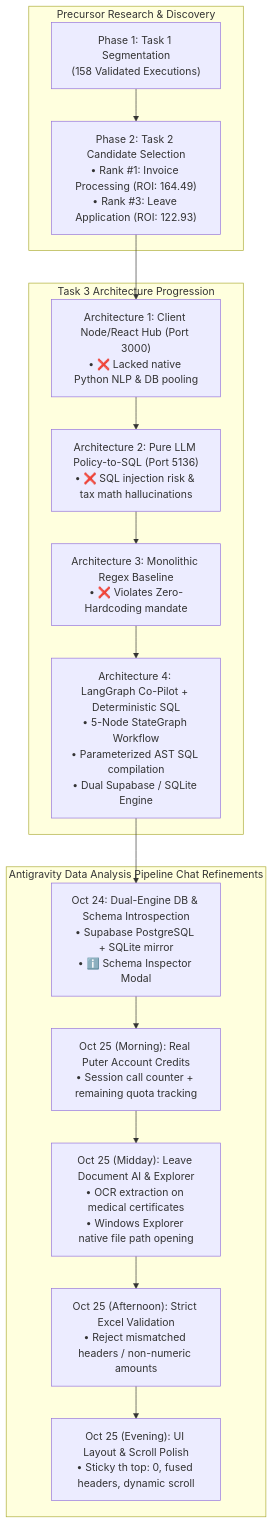
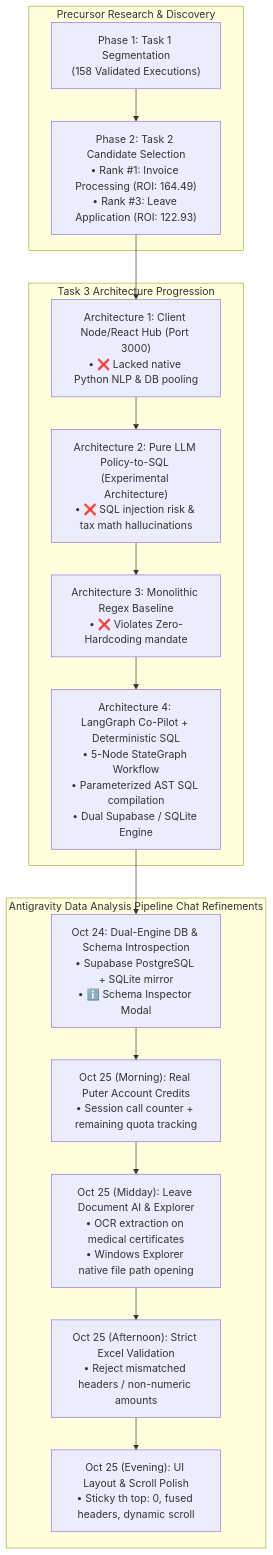
Before and after one commit to Kishore-iitr/I-m-besides-you: the diagram in Task 3/WORKLOG.md, drawn with Mermaid. The commit also changed 11 other files, not shown here.

Commit message:
feat: enforce single ERP portal on port 5135, synchronize database and SQL schemas across invoices, payroll, and leave, and remove port 5136

````diff
--- a/Task 3/WORKLOG.md
+++ b/Task 3/WORKLOG.md
@@ -26,21 +26,21 @@
 ```mermaid
 flowchart TD
     subgraph Precursors["Precursor Research & Discovery"]
         T1["Phase 1: Task 1 Segmentation<br>(158 Validated Executions)"] --> T2["Phase 2: Task 2 Candidate Selection<br>• Rank #1: Invoice Processing (ROI: 164.49)<br>• Rank #3: Leave Application (ROI: 122.93)"]
     end
 
     subgraph ArchitectureEvolution["Task 3 Architecture Progression"]
         T2 --> A1["Architecture 1: Client Node/React Hub (Port 3000)<br>• ❌ Lacked native Python NLP & DB pooling"]
-        A1 --> A2["Architecture 2: Pure LLM Policy-to-SQL (Port 5136)<br>• ❌ SQL injection risk & tax math hallucinations"]
+        A1 --> A2["Architecture 2: Pure LLM Policy-to-SQL (Experimental Architecture)<br>• ❌ SQL injection risk & tax math hallucinations"]
         A2 --> A3["Architecture 3: Monolithic Regex Baseline<br>• ❌ Violates Zero-Hardcoding mandate"]
         A3 --> A4["Architecture 4: LangGraph Co-Pilot + Deterministic SQL<br>• 5-Node StateGraph Workflow<br>• Parameterized AST SQL compilation<br>• Dual Supabase / SQLite Engine"]
     end
 
     subgraph ChatIterations["Antigravity Data Analysis Pipeline Chat Refinements"]
         A4 --> C1["Oct 24: Dual-Engine DB & Schema Introspection<br>• Supabase PostgreSQL + SQLite mirror<br>• ℹ️ Schema Inspector Modal"]
         C1 --> C2["Oct 25 (Morning): Real Puter Account Credits<br>• Session call counter + remaining quota tracking"]
         C2 --> C3["Oct 25 (Midday): Leave Document AI & Explorer<br>• OCR extraction on medical certificates<br>• Windows Explorer native file path opening"]
         C3 --> C4["Oct 25 (Afternoon): Strict Excel Validation<br>• Reject mismatched headers / non-numeric amounts"]
         C4 --> C5["Oct 25 (Evening): UI Layout & Scroll Polish<br>• Sticky th top: 0, fused headers, dynamic scroll"]
     end
 ```
````
